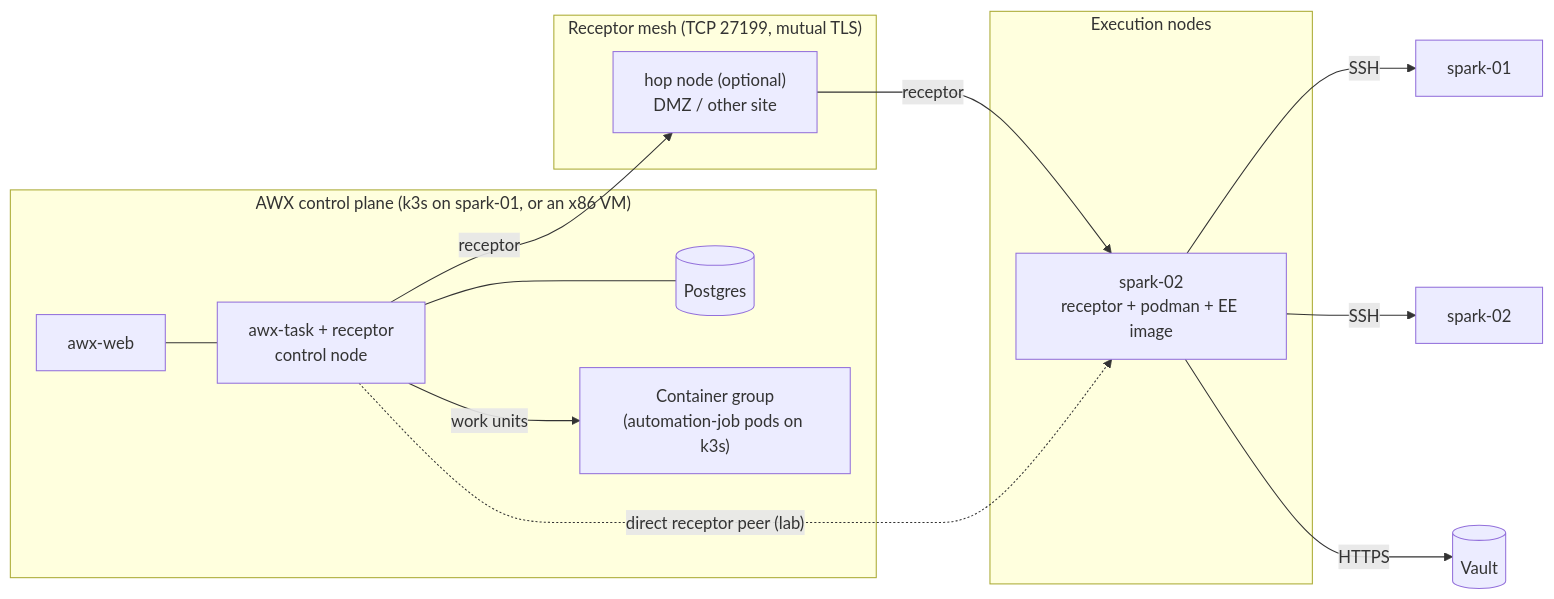
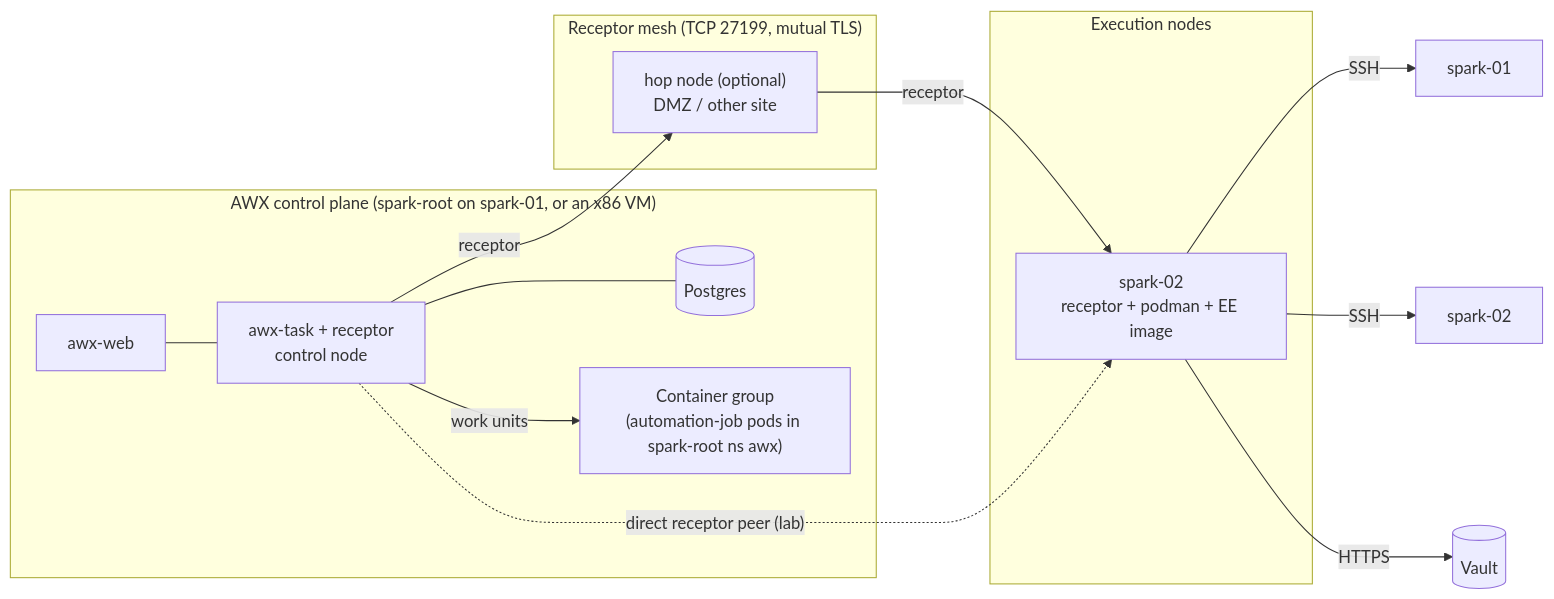
One commit to cloudone365/technical-depth changed the first of 2 diagrams in 01 Ansible/20-awx-tower-production-cluster-and-receptor.md. Above: the diagram before and after it, drawn with Mermaid. The commit also changed other lines of this file and 53 other files, not shown here.

````diff
--- a/01 Ansible/20-awx-tower-production-cluster-and-receptor.md
+++ b/01 Ansible/20-awx-tower-production-cluster-and-receptor.md
@@ -18,19 +19,19 @@
 ```mermaid
 flowchart LR
-  subgraph CP["AWX control plane (k3s on spark-01, or an x86 VM)"]
+  subgraph CP["AWX control plane (spark-root on spark-01, or an x86 VM)"]
     WEB[awx-web] --- TASK[awx-task + receptor<br/>control node]
     TASK --- PG[(Postgres)]
-    CG["Container group<br/>(automation-job pods on k3s)"]
+    CG["Container group<br/>(automation-job pods in spark-root ns awx)"]
   end
   subgraph MESH["Receptor mesh (TCP 27199, mutual TLS)"]
     HOP["hop node (optional)<br/>DMZ / other site"]
   end
   subgraph EX["Execution nodes"]
     E1["spark-02<br/>receptor + podman + EE image"]
   end
   TASK -->|"work units"| CG
   TASK -->|"receptor"| HOP -->|receptor| E1
   TASK -.->|"direct receptor peer (lab)"| E1
   E1 -->|SSH| T1[spark-01] & T2[spark-02]
   E1 -->|HTTPS| V[(Vault)]
 ```
````
